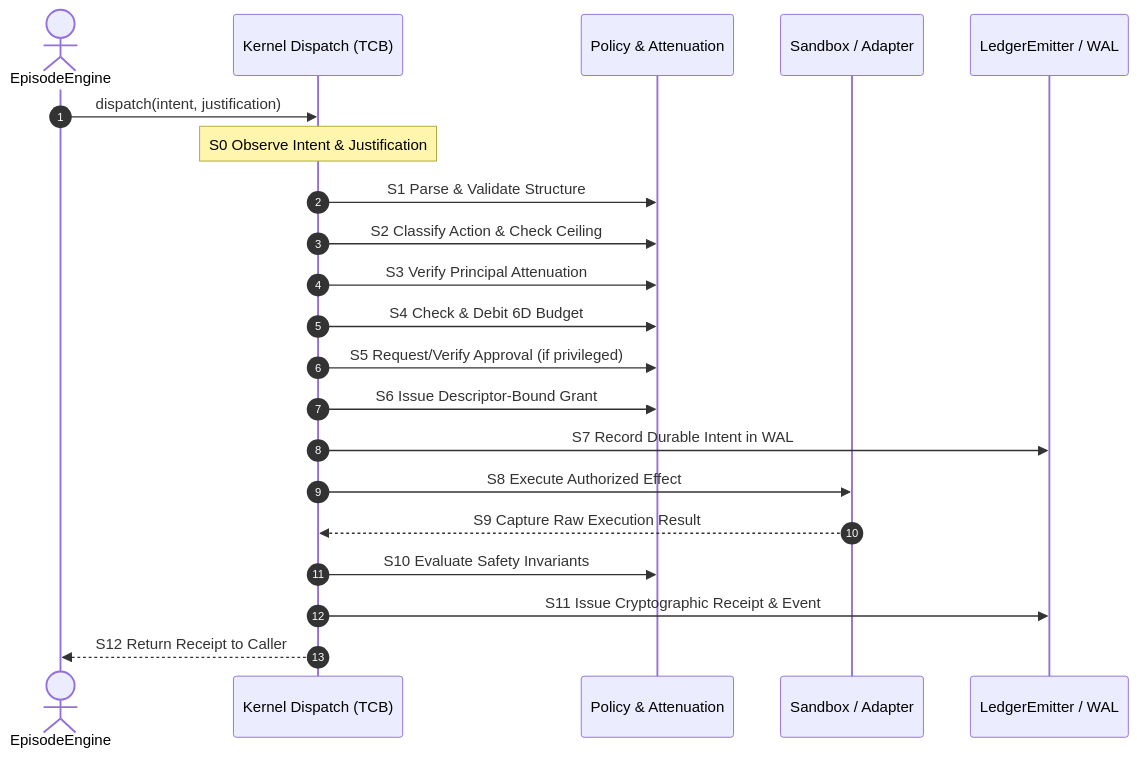
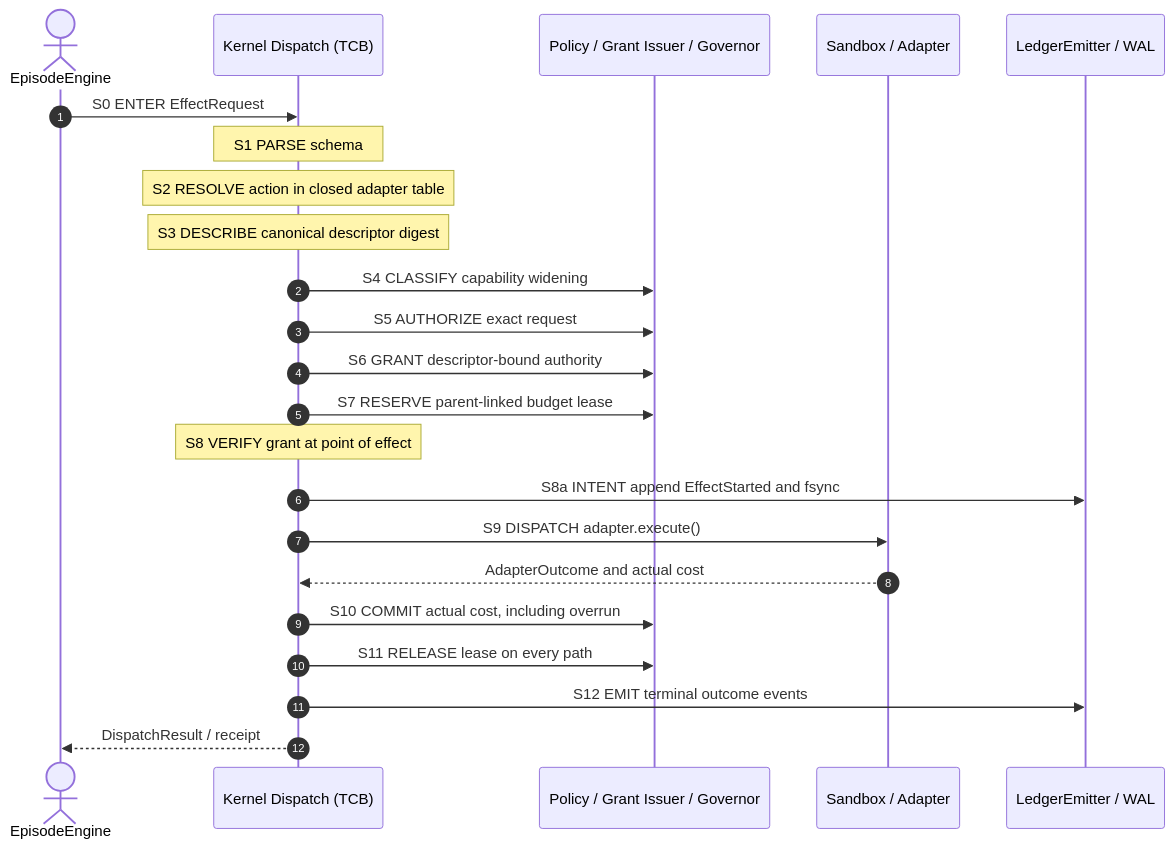
Before and after one commit to brainopensource/cognitive-framework: the first of 3 diagrams in docs/architecture/sequences.md, drawn with Mermaid. The commit also changed other lines of this file and 6 other files, not shown here.

````diff
--- a/docs/architecture/sequences.md
+++ b/docs/architecture/sequences.md
@@ -36,24 +36,26 @@
 ```mermaid
 sequenceDiagram
     autonumber
     actor Engine as EpisodeEngine
     participant Kernel as Kernel Dispatch (TCB)
-    participant Policy as Policy & Attenuation
+    participant Policy as Policy / Grant Issuer / Governor
     participant Sandbox as Sandbox / Adapter
     participant Ledger as LedgerEmitter / WAL
 
-    Engine->>Kernel: dispatch(intent, justification)
-    Note over Kernel: S0 Observe Intent & Justification
-    Kernel->>Policy: S1 Parse & Validate Structure
-    Kernel->>Policy: S2 Classify Action & Check Ceiling
-    Kernel->>Policy: S3 Verify Principal Attenuation
-    Kernel->>Policy: S4 Check & Debit 6D Budget
-    Kernel->>Policy: S5 Request/Verify Approval (if privileged)
-    Kernel->>Policy: S6 Issue Descriptor-Bound Grant
-    Kernel->>Ledger: S7 Record Durable Intent in WAL
-    Kernel->>Sandbox: S8 Execute Authorized Effect
-    Sandbox-->>Kernel: S9 Capture Raw Execution Result
-    Kernel->>Policy: S10 Evaluate Safety Invariants
-    Kernel->>Ledger: S11 Issue Cryptographic Receipt & Event
-    Kernel-->>Engine: S12 Return Receipt to Caller
+    Engine->>Kernel: S0 ENTER EffectRequest
+    Note over Kernel: S1 PARSE schema
+    Note over Kernel: S2 RESOLVE action in closed adapter table
+    Note over Kernel: S3 DESCRIBE canonical descriptor digest
+    Kernel->>Policy: S4 CLASSIFY capability widening
+    Kernel->>Policy: S5 AUTHORIZE exact request
+    Kernel->>Policy: S6 GRANT descriptor-bound authority
+    Kernel->>Policy: S7 RESERVE parent-linked budget lease
+    Note over Kernel: S8 VERIFY grant at point of effect
+    Kernel->>Ledger: S8a INTENT append EffectStarted and fsync
+    Kernel->>Sandbox: S9 DISPATCH adapter.execute()
+    Sandbox-->>Kernel: AdapterOutcome and actual cost
+    Kernel->>Policy: S10 COMMIT actual cost, including overrun
+    Kernel->>Policy: S11 RELEASE lease on every path
+    Kernel->>Ledger: S12 EMIT terminal outcome events
+    Kernel-->>Engine: DispatchResult / receipt
 ```
````
